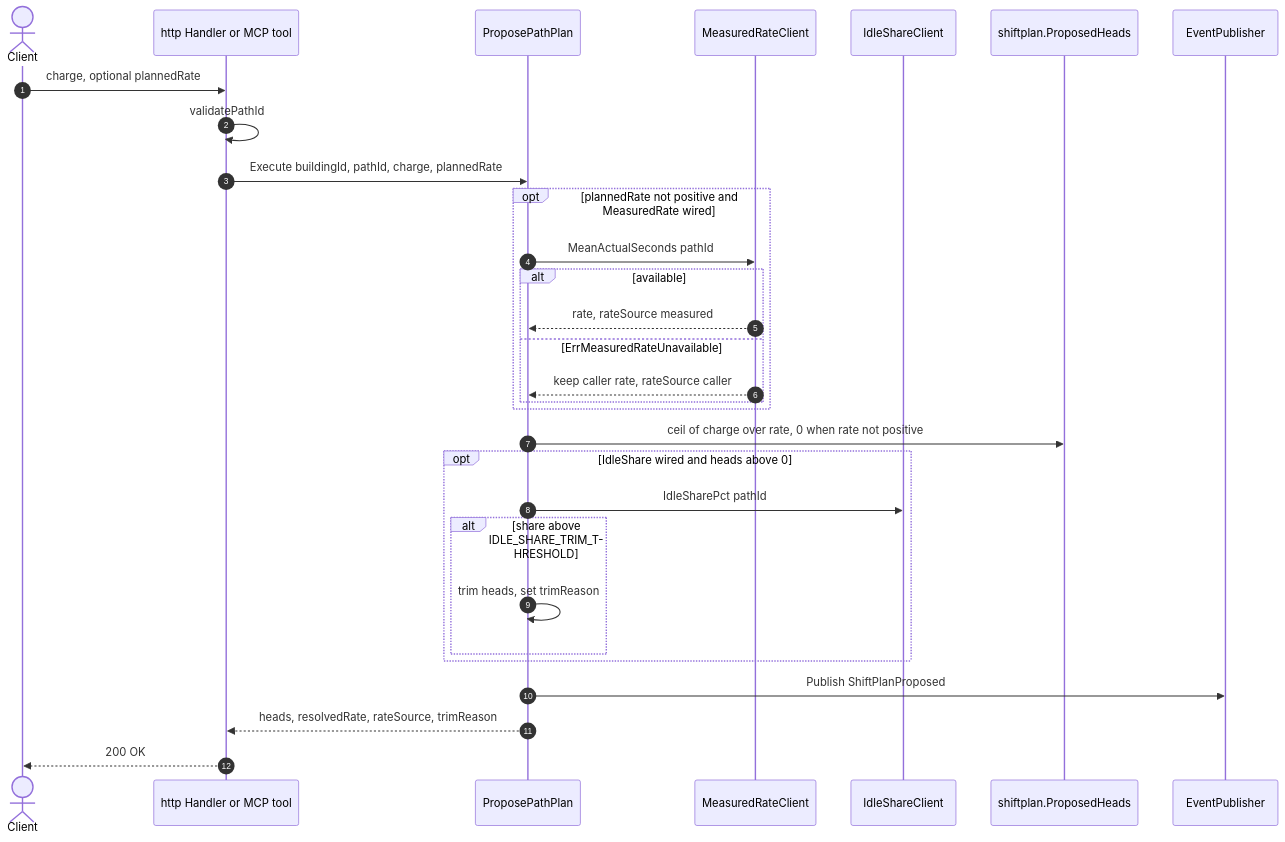
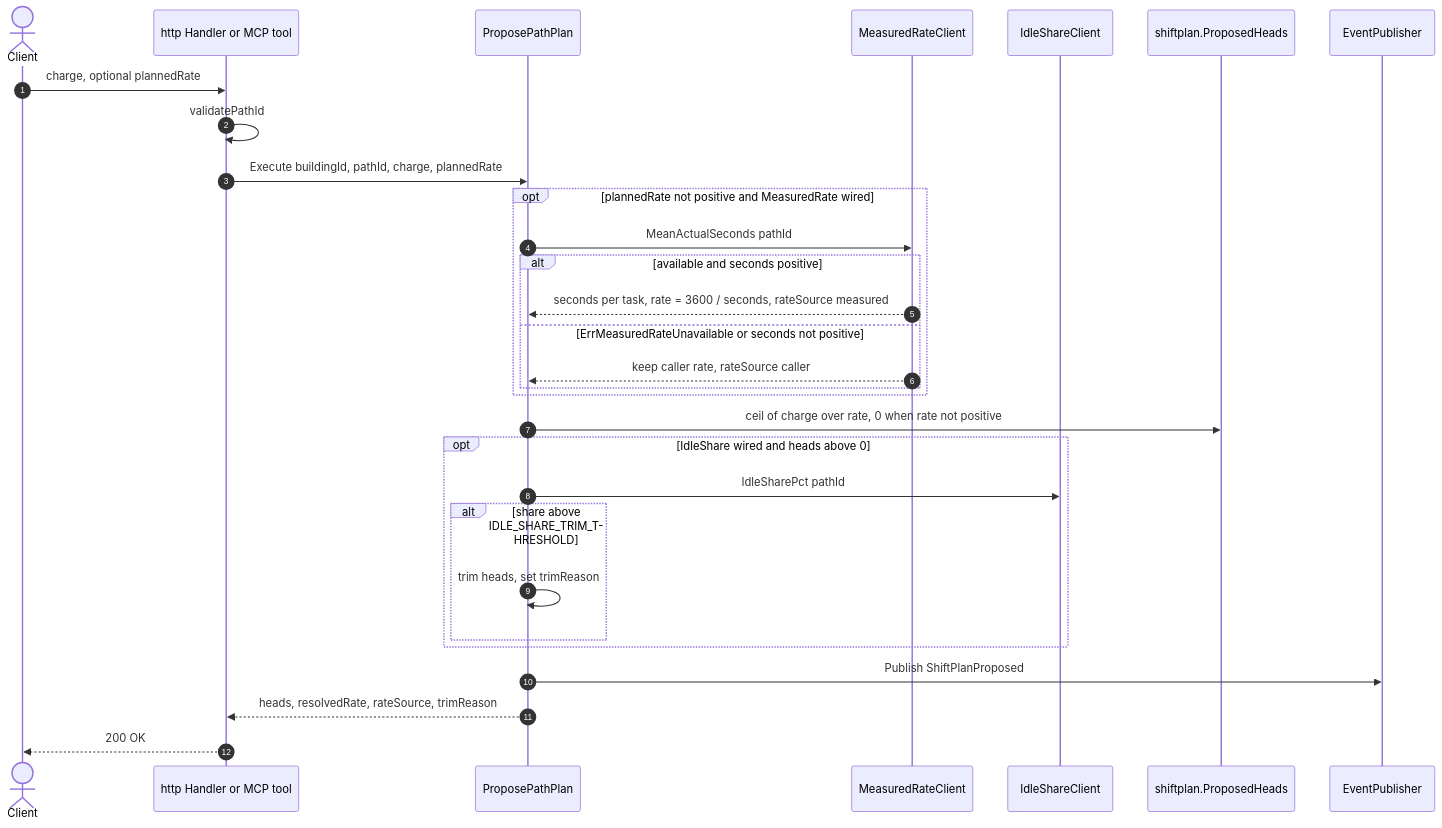
The sixth of 7 diagrams in docs/contexts/workforce-management/sequence-diagrams.md (IQVO/warehouse-docs), drawn with Mermaid before and after one commit. The commit also changed other lines of this file and 107 other files, not shown here.

````diff
--- a/docs/contexts/workforce-management/sequence-diagrams.md
+++ b/docs/contexts/workforce-management/sequence-diagrams.md
@@ -279,32 +286,32 @@
 ```mermaid
 sequenceDiagram
     autonumber
     actor Client
     participant In as http Handler or MCP tool
     participant UC as ProposePathPlan
     participant MR as MeasuredRateClient
     participant IS as IdleShareClient
     participant SP as shiftplan.ProposedHeads
     participant OB as EventPublisher
     Client->>In: charge, optional plannedRate
     In->>In: validatePathId
     In->>UC: Execute buildingId, pathId, charge, plannedRate
     opt plannedRate not positive and MeasuredRate wired
         UC->>MR: MeanActualSeconds pathId
-        alt available
-            MR-->>UC: rate, rateSource measured
-        else ErrMeasuredRateUnavailable
+        alt available and seconds positive
+            MR-->>UC: seconds per task, rate = 3600 / seconds, rateSource measured
+        else ErrMeasuredRateUnavailable or seconds not positive
             MR-->>UC: keep caller rate, rateSource caller
         end
     end
     UC->>SP: ceil of charge over rate, 0 when rate not positive
     opt IdleShare wired and heads above 0
         UC->>IS: IdleSharePct pathId
         alt share above IDLE_SHARE_TRIM_THRESHOLD
             UC->>UC: trim heads, set trimReason
         end
     end
     UC->>OB: Publish ShiftPlanProposed
     UC-->>In: heads, resolvedRate, rateSource, trimReason
     In-->>Client: 200 OK
 ```
````
